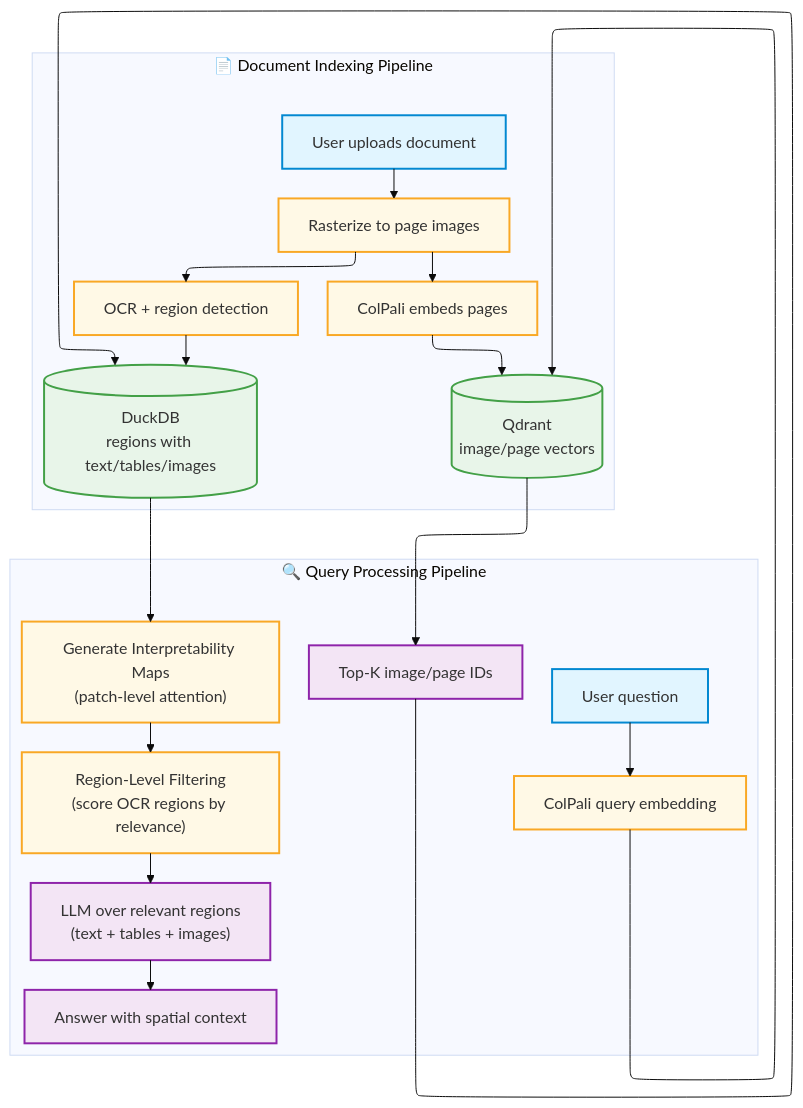
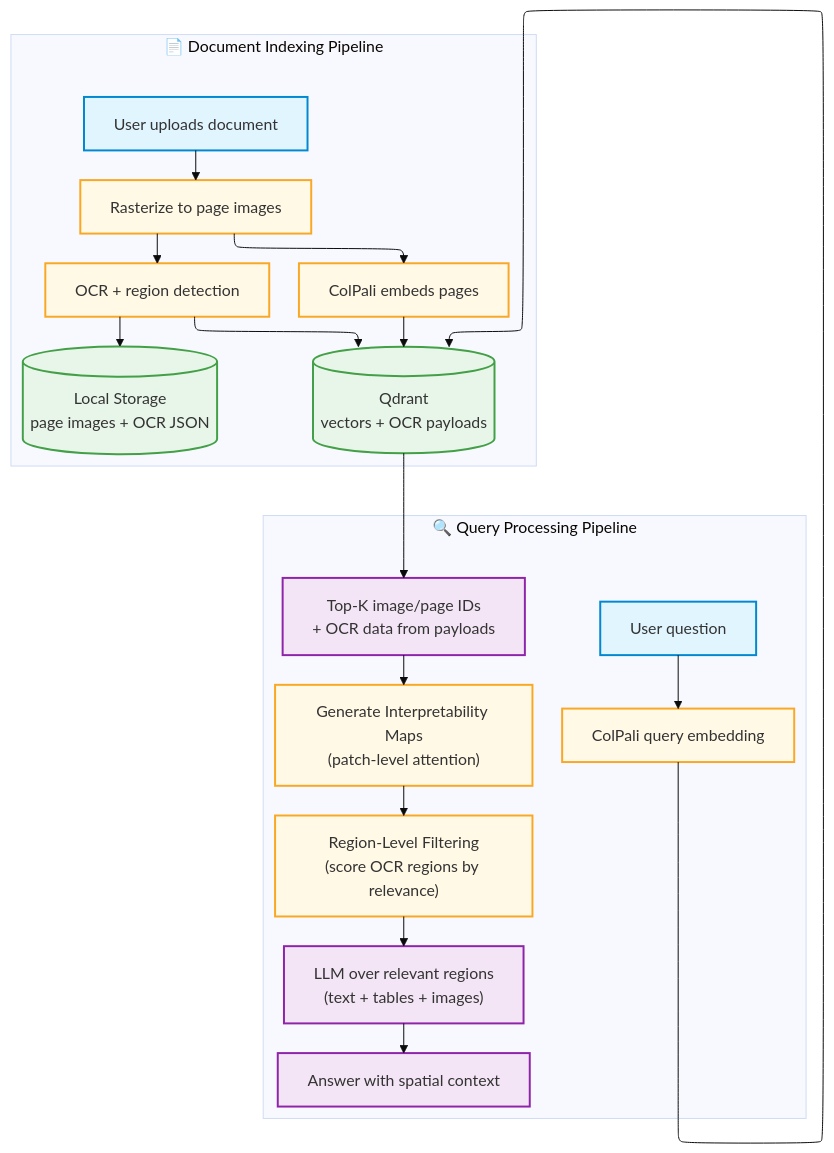
Before and after one commit to athrael-soju/Snappy: the diagram in backend/docs/architecture.md, drawn with Mermaid. The commit also changed other lines of this file and 43 other files, not shown here.

````diff
--- a/backend/docs/architecture.md
+++ b/backend/docs/architecture.md
@@ -9,36 +9,36 @@
 ```mermaid
 ---
 config:
   layout: elk
   look: classic
   theme: base
 ---
 flowchart TB
     subgraph Indexing["📄 Document Indexing Pipeline"]
         U["User uploads document"] --> R["Rasterize to page images"]
         R --> E["ColPali embeds pages"] & O["OCR + region detection"]
-        E --> Qdrant[("Qdrant<br/>image/page vectors")]
-        O --> Duck[("DuckDB<br/>regions with text/tables/images")]
+        E --> Qdrant[("Qdrant<br/>vectors + OCR payloads")]
+        O --> Qdrant
+        O --> LS[("Local Storage<br/>page images + OCR JSON")]
     end
 
     subgraph Query["🔍 Query Processing Pipeline"]
         Q["User question"] --> QE["ColPali query embedding"]
         QE --> Qdrant
-        Qdrant --> K["Top-K image/page IDs"]
-        K --> Duck
-        Duck --> IM["Generate Interpretability Maps<br/>(patch-level attention)"]
+        Qdrant --> K["Top-K image/page IDs<br/>+ OCR data from payloads"]
+        K --> IM["Generate Interpretability Maps<br/>(patch-level attention)"]
         IM --> RF["Region-Level Filtering<br/>(score OCR regions by relevance)"]
         RF --> LLM["LLM over relevant regions<br/>(text + tables + images)"]
         LLM --> A["Answer with spatial context"]
     end
 
     classDef userNode fill:#e1f5ff,stroke:#0288d1,stroke-width:2px
     classDef processNode fill:#fff9e6,stroke:#f9a825,stroke-width:2px
     classDef storageNode fill:#e8f5e9,stroke:#43a047,stroke-width:2px
     classDef resultNode fill:#f3e5f5,stroke:#8e24aa,stroke-width:2px
 
     class U,Q userNode
     class R,E,O,QE,IM,RF processNode
-    class Qdrant,Duck storageNode
+    class Qdrant,LS storageNode
     class K,LLM,A resultNode
 ```
````
